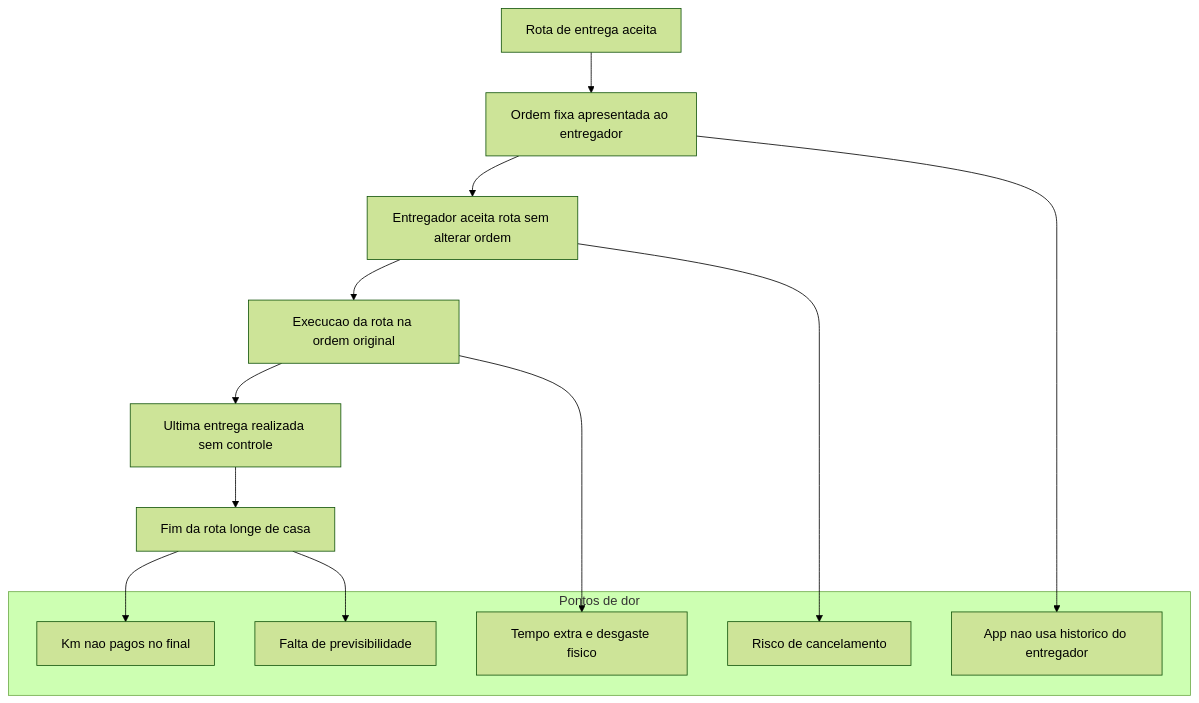
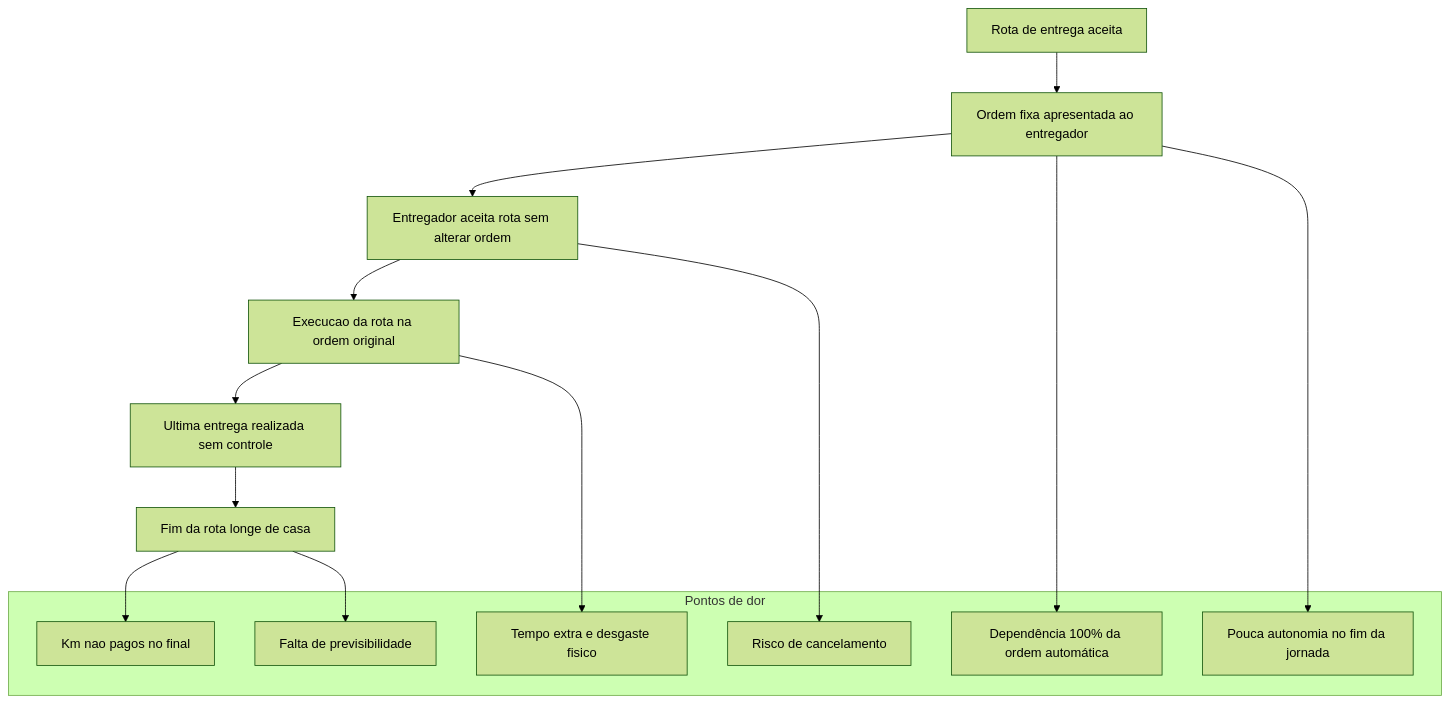
The first of 2 diagrams in README.md (HOrtegaTech/ifood-genai-rota-inteligente), drawn with Mermaid (forest theme) before and after one commit.

````diff
--- a/README.md
+++ b/README.md
@@ -66,22 +66,25 @@
 ```mermaid
 flowchart TD
     A[Rota de entrega aceita] --> B[Ordem fixa apresentada ao entregador]
     B --> C[Entregador aceita rota sem alterar ordem]
     C --> D[Execucao da rota na ordem original]
     D --> E[Ultima entrega realizada sem controle]
     E --> F[Fim da rota longe de casa]
 
     subgraph DORES [Pontos de dor]
         G1[Km nao pagos no final]
         G2[Falta de previsibilidade]
         G3[Tempo extra e desgaste fisico]
         G4[Risco de cancelamento]
-        G5[App nao usa historico do entregador]
+        G5[Dependência 100% da ordem automática]
+        G6[Pouca autonomia no fim da jornada]
+
     end
 
     F --> G1
     F --> G2
     D --> G3
     C --> G4
     B --> G5
+    B --> G6
 ```
````
